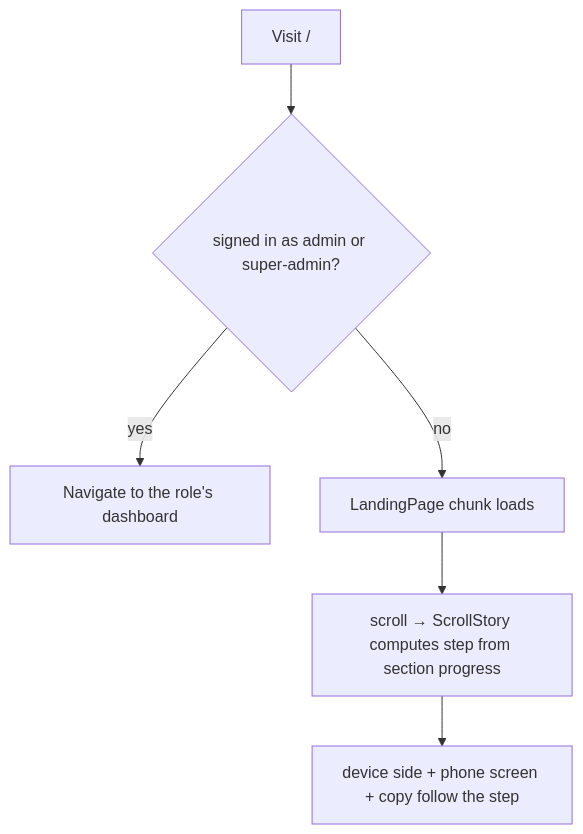
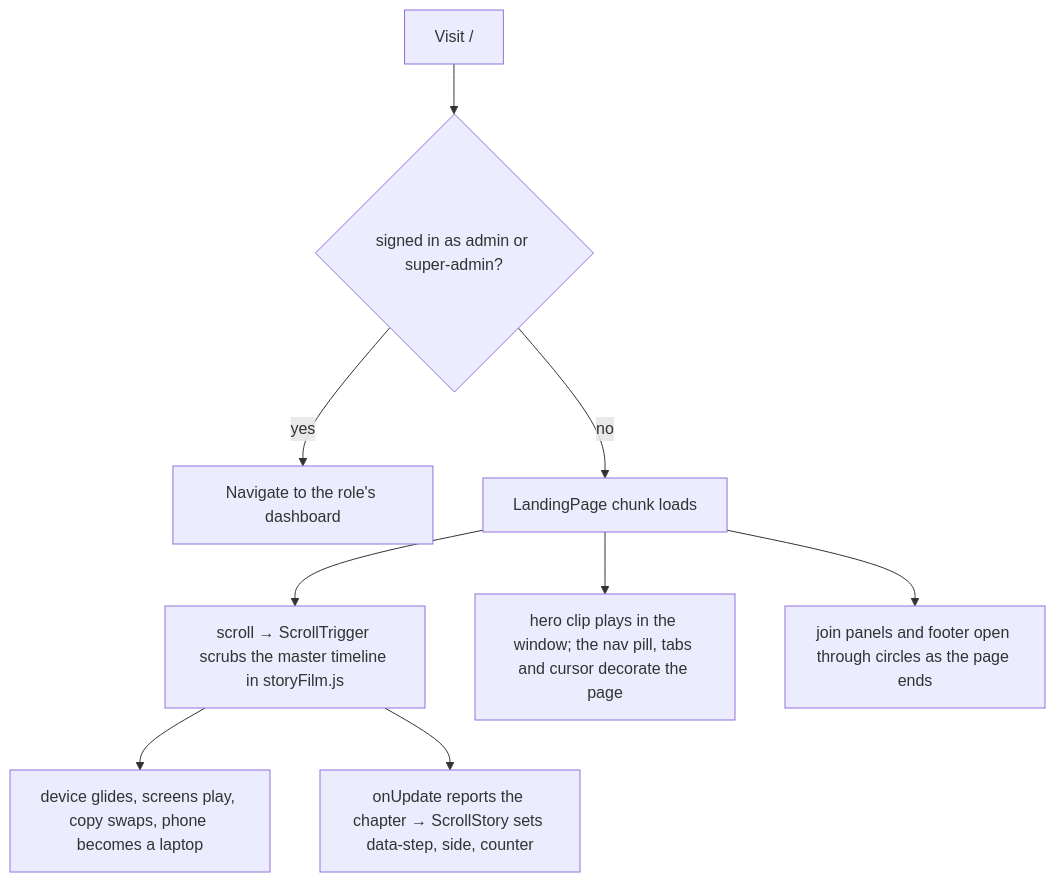
The diagram in docs/modules/LANDING.md (Shazaanashraff/TrackMe-WebAdmin), drawn with Mermaid before and after one commit. The commit also changed other lines of this file and 75 other files, not shown here.

First line of the commit message:
feat(landing): Pingo redesign - new nav, phone-first motion, curtain scroll, copy cuts

````diff
--- a/docs/modules/LANDING.md
+++ b/docs/modules/LANDING.md
@@ -62,8 +77,11 @@
 ```mermaid
 flowchart TD
   A[Visit /] --> B{signed in as admin or super-admin?}
   B -- yes --> C[Navigate to the role's dashboard]
   B -- no --> D[LandingPage chunk loads]
-  D --> E[scroll → ScrollStory computes step from section progress]
-  E --> F[device side + phone screen + copy follow the step]
+  D --> E[scroll → ScrollTrigger scrubs the master timeline in storyFilm.js]
+  E --> F[device glides, screens play, copy swaps, phone becomes a laptop]
+  E --> G[onUpdate reports the chapter → ScrollStory sets data-step, side, counter]
+  D --> H[hero clip plays in the window; the nav pill, tabs and cursor decorate the page]
+  D --> I[join panels and footer open through circles as the page ends]
 ```
````
